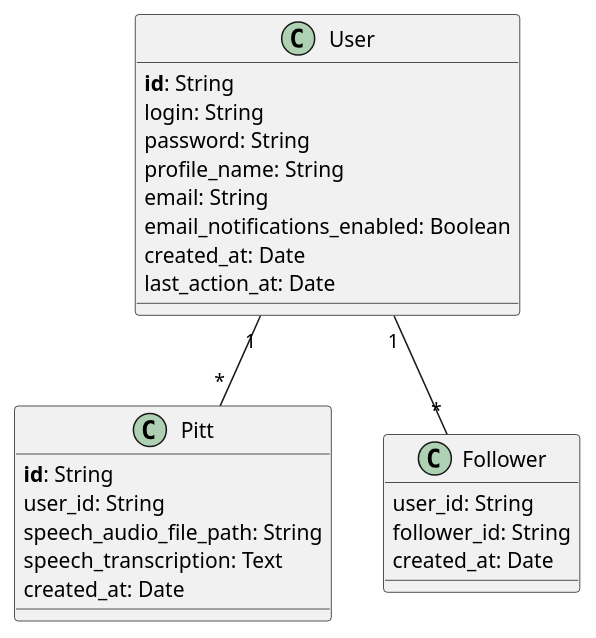
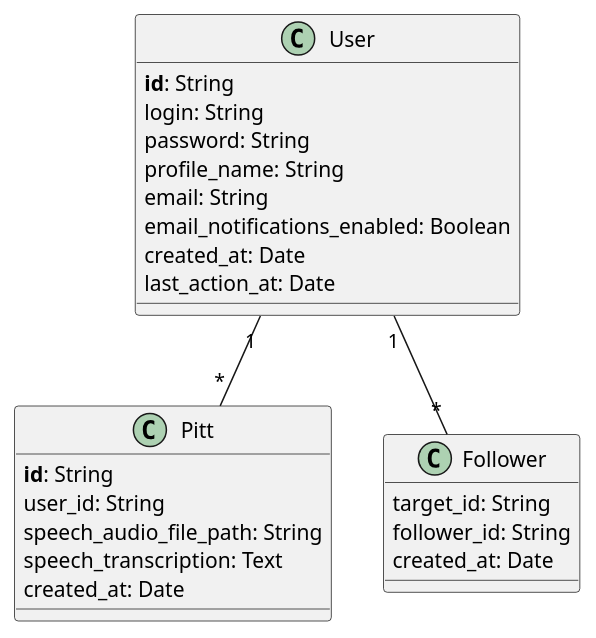
One commit to akkireev/pitter-backend-sync changed the diagram in additional/pitter_db_structure.puml. Above: the diagram before and after it, drawn with PlantUML. The commit also changed 2 other files, not shown here.

```diff
--- a/additional/pitter_db_structure.puml
+++ b/additional/pitter_db_structure.puml
@@ -1,31 +1,31 @@
 @startuml
 
 class User {
 <b>id</b>: String
 login: String
 password: String
 profile_name: String
 email: String
 email_notifications_enabled: Boolean
 created_at: Date
 last_action_at: Date
 }
 
 class Pitt {
 <b>id</b>: String
 user_id: String
 speech_audio_file_path: String
 speech_transcription: Text
 created_at: Date
 }
 
 class Follower {
-user_id: String
+target_id: String
 follower_id: String
 created_at: Date
 }
 
 User "1" -- "*" Pitt
 User "1" -- "*" Follower
 
 @enduml
```
